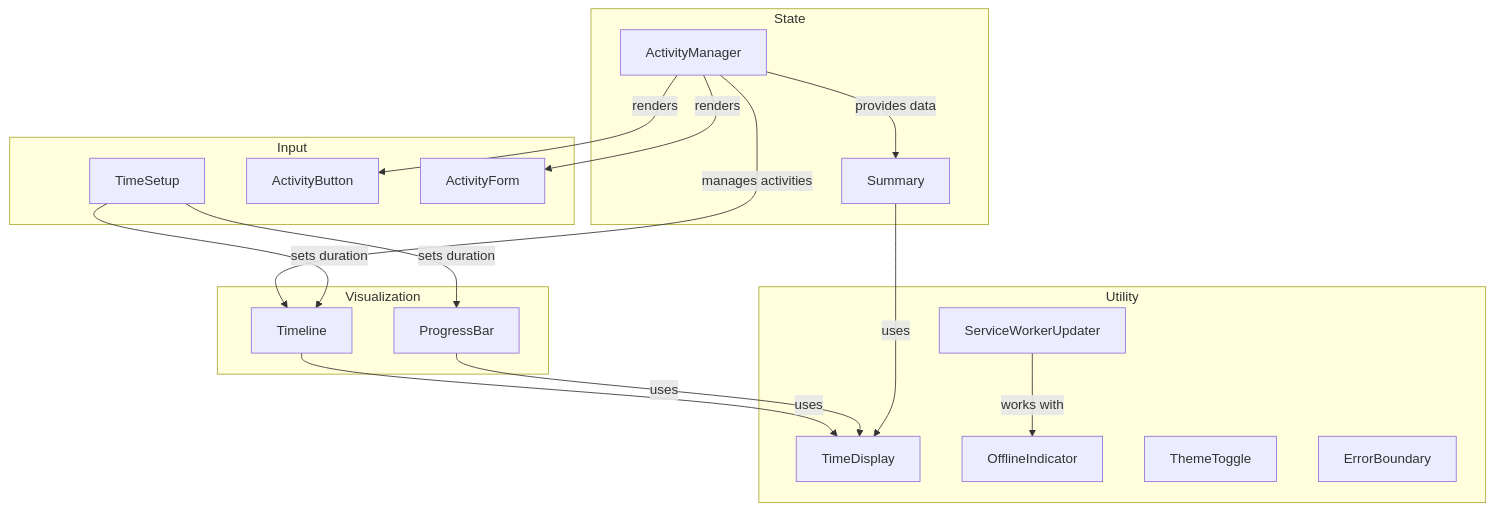
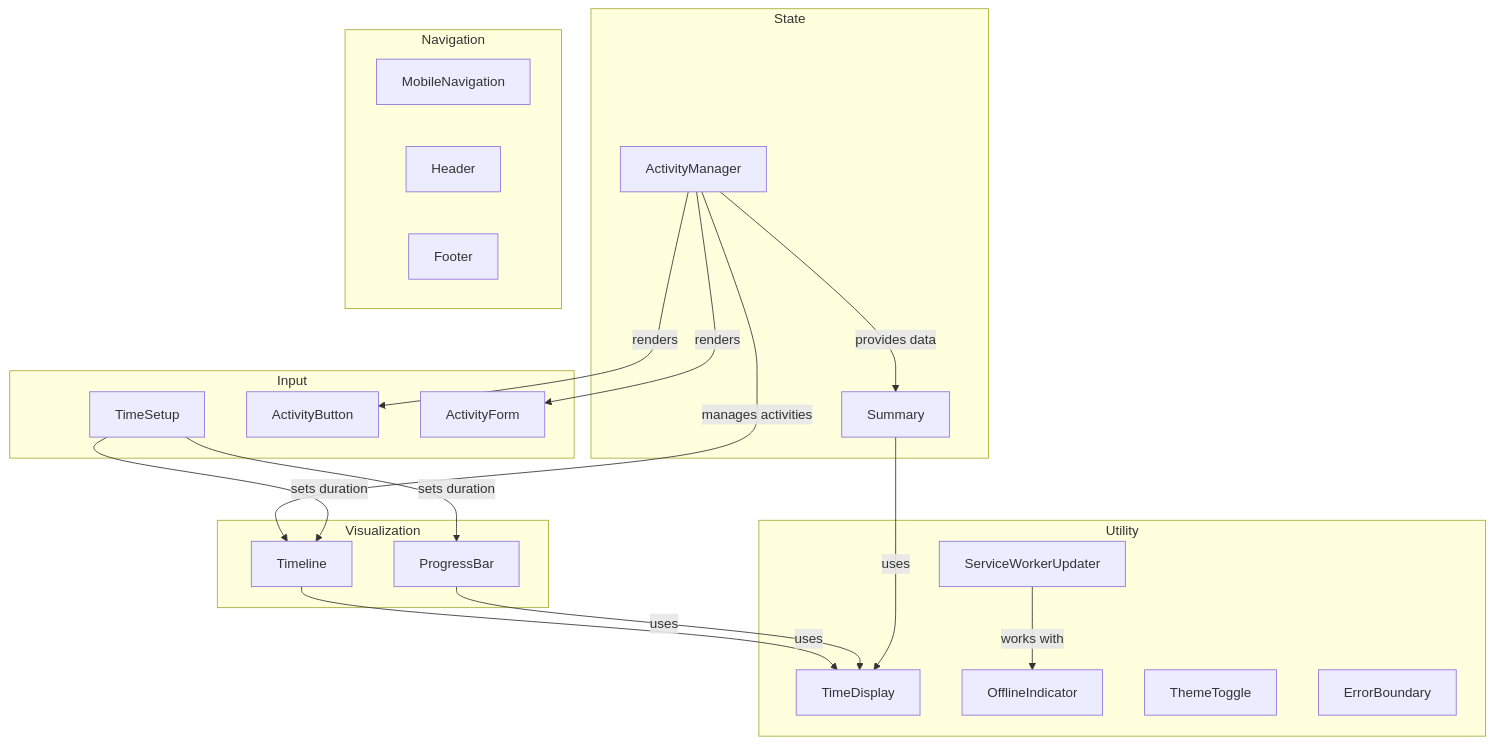
One commit to ken-guru/github-copilot-agent-assisted-next-app changed the diagram in docs/components/README.md. Above: the diagram before and after it, drawn with Mermaid. The commit also changed other lines of this file and 12 other files, not shown here.

First line of the commit message:
feat: Implement mobile navigation pattern with swipe support

````diff
--- a/docs/components/README.md
+++ b/docs/components/README.md
@@ -44,39 +35,45 @@
 ```mermaid
 graph TD
     %% Main Component Groups
     subgraph Visualization
         TL[Timeline]
         PB[ProgressBar]
     end
     
     subgraph State
         AM[ActivityManager]
         SUM[Summary]
     end
     
     subgraph Input
         TS[TimeSetup]
         AB[ActivityButton]
         AF[ActivityForm]
+    end
+    
+    subgraph Navigation
+        MN[MobileNavigation]
+        H[Header]
+        F[Footer]
     end
     
     subgraph Utility
         TD[TimeDisplay]
         OI[OfflineIndicator]
         TT[ThemeToggle]
         EB[ErrorBoundary]
         SWU[ServiceWorkerUpdater]
     end
     
     %% Key Relationships
     AM --> |manages activities| TL
     TS --> |sets duration| TL
     TS --> |sets duration| PB
     AM --> |provides data| SUM
     TL --> |uses| TD
     PB --> |uses| TD
     SUM --> |uses| TD
     AM --> |renders| AB
     AM --> |renders| AF
     SWU --> |works with| OI
 ```
````
